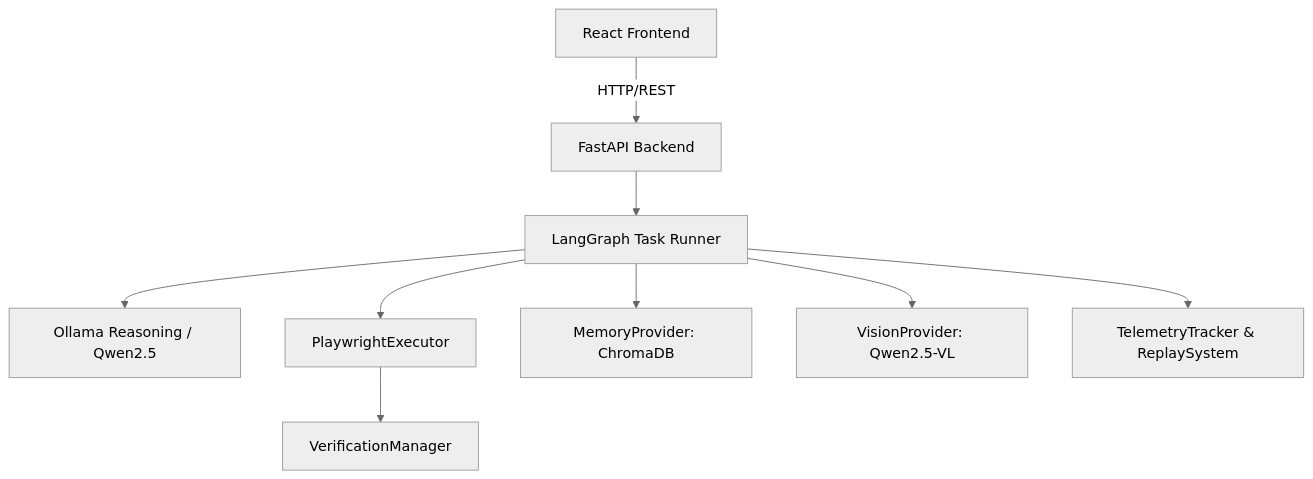
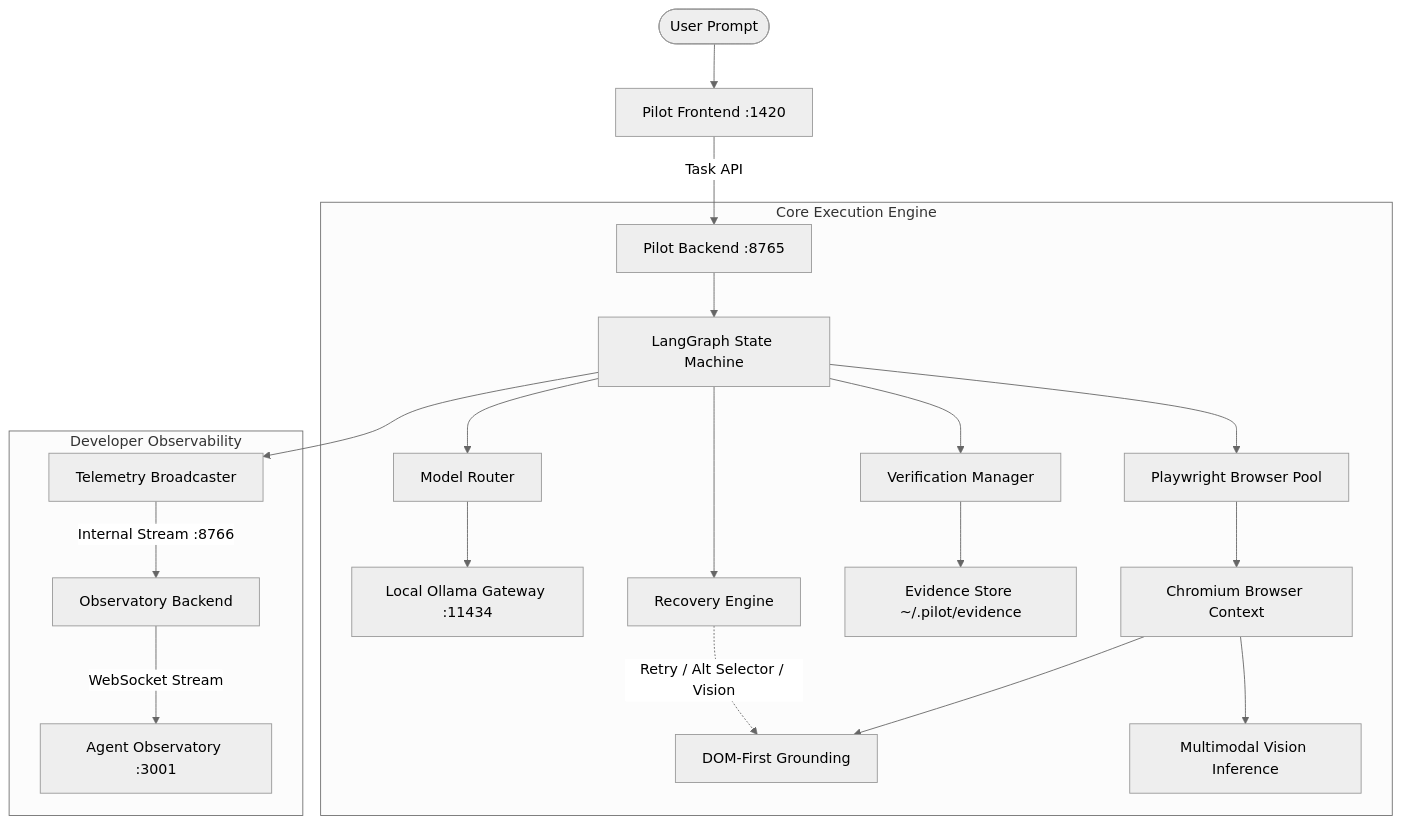
The diagram in README.md (sudeshsudhii/Agentic-Pilot), drawn with Mermaid (neutral theme) before and after one commit. The commit also changed other lines of this file and 125 other files, not shown here.

````diff
--- a/README.md
+++ b/README.md
@@ -35,11 +59,29 @@
 ```mermaid
 graph TD
-    UI[React Frontend] -->|HTTP/REST| API[FastAPI Backend]
-    API --> Agent[LangGraph Task Runner]
-    Agent --> Plan[Ollama Reasoning / Qwen2.5]
-    Agent --> Exec[PlaywrightExecutor]
-    Exec --> Ver[VerificationManager]
-    Agent --> Mem[MemoryProvider: ChromaDB]
-    Agent --> Vis[VisionProvider: Qwen2.5-VL]
-    Agent --> Tel[TelemetryTracker & ReplaySystem]
+    User([User Prompt]) --> PilotUI[Pilot Frontend :1420]
+    PilotUI -->|Task API| PilotBackend[Pilot Backend :8765]
+
+    subgraph Core Execution Engine
+        PilotBackend --> LangGraph[LangGraph State Machine]
+        LangGraph --> ModelRouter[Model Router]
+        ModelRouter --> Ollama[Local Ollama Gateway :11434]
+        
+        LangGraph --> BrowserPool[Playwright Browser Pool]
+        BrowserPool --> Chromium[Chromium Browser Context]
+        
+        Chromium --> Grounding[DOM-First Grounding]
+        Chromium --> Vision[Multimodal Vision Inference]
+        
+        LangGraph --> Verifier[Verification Manager]
+        Verifier --> Evidence[Evidence Store ~/.pilot/evidence]
+        
+        LangGraph --> Recovery[Recovery Engine]
+        Recovery -.->|Retry / Alt Selector / Vision| Grounding
+    end
+
+    subgraph Developer Observability
+        LangGraph --> Broadcaster[Telemetry Broadcaster]
+        Broadcaster -->|Internal Stream :8766| ObsBackend[Observatory Backend]
+        ObsBackend -->|WebSocket Stream| ObsUI[Agent Observatory :3001]
+    end
 ```
````
